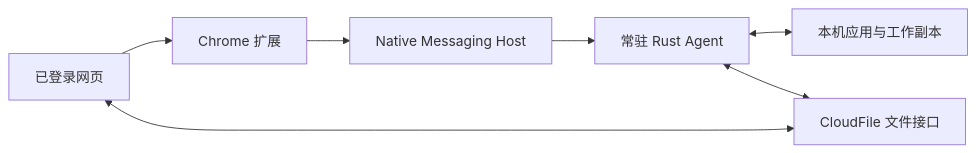
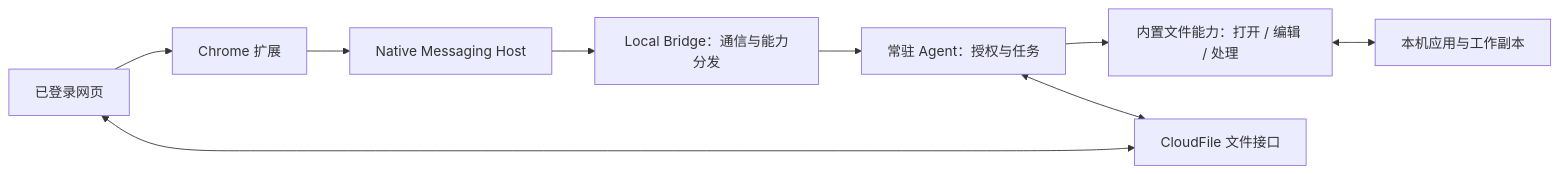
One commit to eaopen/cloudfile-local-agent2 changed the diagram in docs/AGENT_EXTENSION_ARCHITECTURE.md. Above: the diagram before and after it, drawn with Mermaid. The commit also changed other lines of this file and 1 other file, not shown here.

Commit message:
docs: extend design for generic bridge and file capabilities

````diff
--- a/docs/AGENT_EXTENSION_ARCHITECTURE.md
+++ b/docs/AGENT_EXTENSION_ARCHITECTURE.md
@@ -22,9 +24,11 @@
 ```mermaid
 flowchart LR
     Web[已登录网页] --> Extension[Chrome 扩展]
     Extension --> Host[Native Messaging Host]
-    Host --> Agent[常驻 Rust Agent]
-    Agent <--> Local[本机应用与工作副本]
+    Host --> Bridge[Local Bridge：通信与能力分发]
+    Bridge --> Agent[常驻 Agent：授权与任务]
+    Agent --> Plugins[内置文件能力：打开 / 编辑 / 处理]
+    Plugins <--> Local[本机应用与工作副本]
     Agent <--> Server[CloudFile 文件接口]
     Web <--> Server
 ```
````
